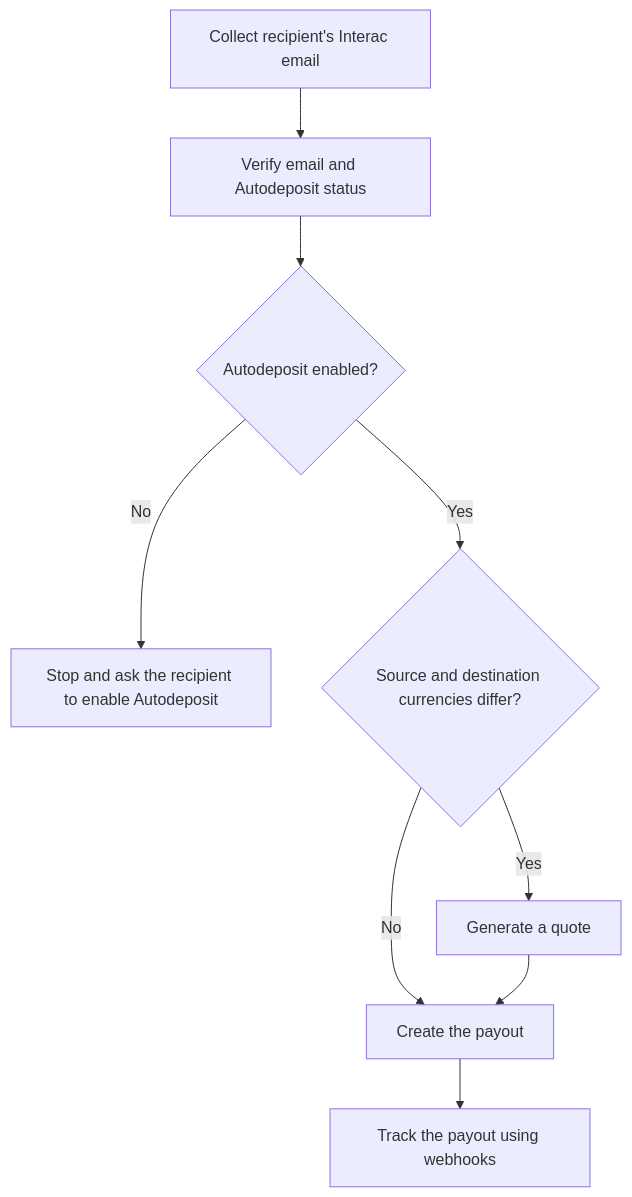
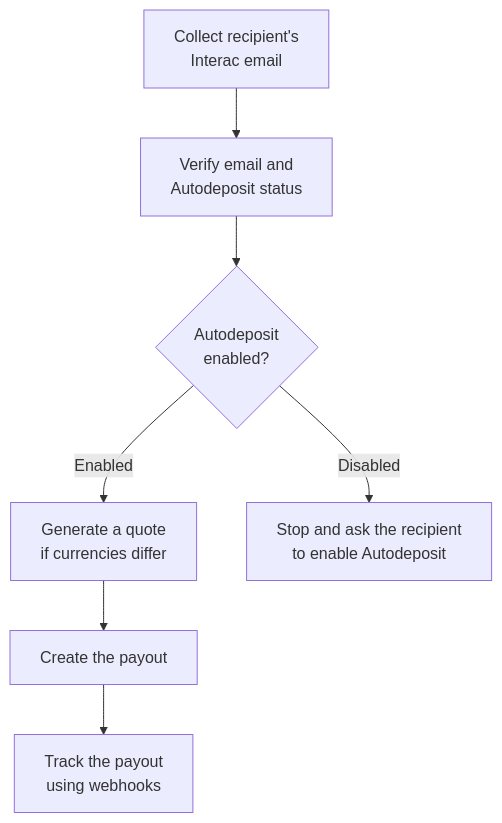
The diagram in docs/Payouts (withdrawal)/payout-overview/send-cad-payouts-via-interac-e-transfer.md (Taofiqqq/fincra-openapi-spec), drawn with Mermaid before and after one commit.

Commit message:
Update doc `send-cad-payouts-via-interac-e-transfer`

````diff
--- a/docs/Payouts (withdrawal)/payout-overview/send-cad-payouts-via-interac-e-transfer.md
+++ b/docs/Payouts (withdrawal)/payout-overview/send-cad-payouts-via-interac-e-transfer.md
@@ -22,11 +22,9 @@
 ```mermaid
 flowchart TD
-  A["Collect recipient's Interac email"] --> B["Verify email and Autodeposit status"]
-  B --> C{"Autodeposit enabled?"}
-  C -->|No| D["Stop and ask the recipient to enable Autodeposit"]
-  C -->|Yes| E{"Source and destination currencies differ?"}
-  E -->|Yes| F["Generate a quote"]
-  E -->|No| G["Create the payout"]
-  F --> G
-  G --> H["Track the payout using webhooks"]
+  A["Collect recipient's<br/>Interac email"] --> B["Verify email and<br/>Autodeposit status"]
+  B --> C{"Autodeposit<br/>enabled?"}
+  C -->|Enabled| D["Generate a quote<br/>if currencies differ"]
+  C -->|Disabled| E["Stop and ask the recipient<br/>to enable Autodeposit"]
+  D --> F["Create the payout"]
+  F --> G["Track the payout<br/>using webhooks"]
 ```
````
